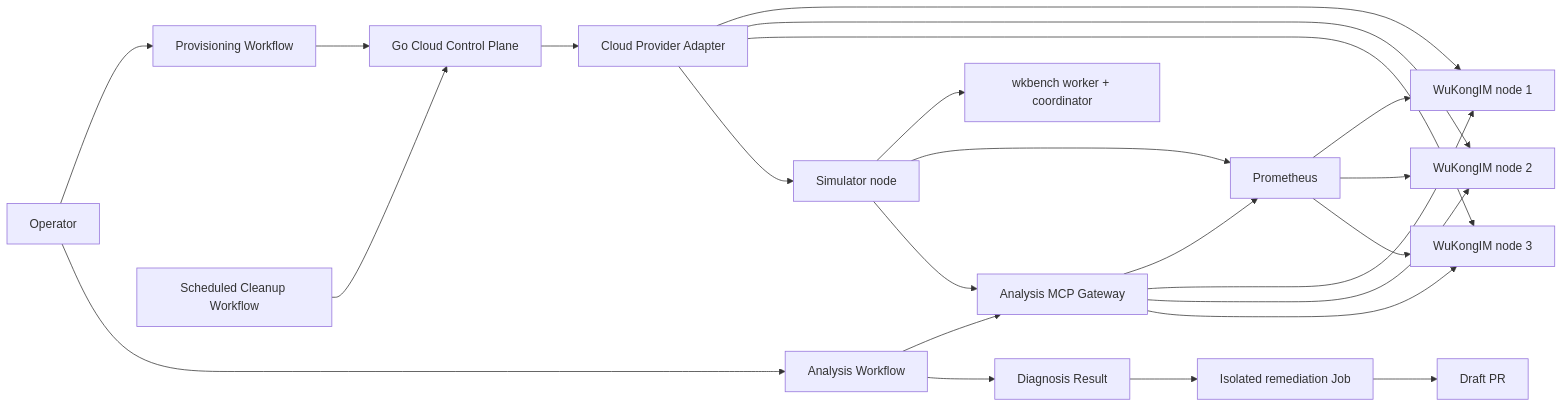
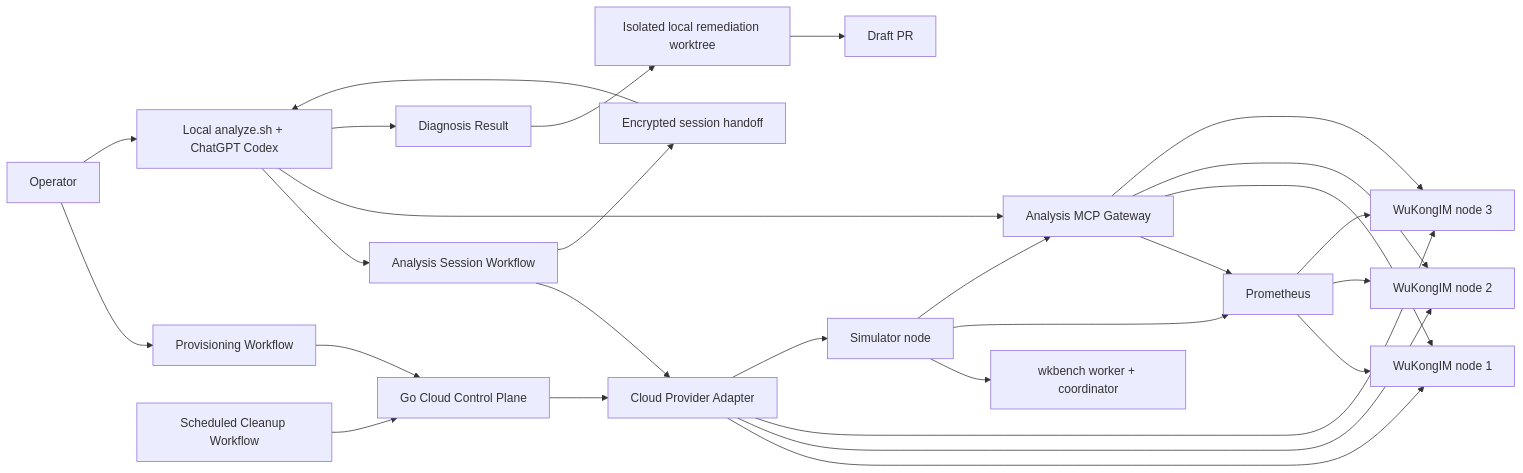
Before and after one commit to WuKongIM/WuKongIM: the first of 2 diagrams in docs/superpowers/specs/2026-07-14-cloud-simulation-github-actions-design.md, drawn with Mermaid. The commit also changed other lines of this file and 30 other files, not shown here.

Commit message:
feat(cloudsim): run analysis with local ChatGPT Codex

````diff
--- a/docs/superpowers/specs/2026-07-14-cloud-simulation-github-actions-design.md
+++ b/docs/superpowers/specs/2026-07-14-cloud-simulation-github-actions-design.md
@@ -68,26 +70,30 @@
 ```mermaid
 flowchart LR
     U["Operator"] --> P["Provisioning Workflow"]
     P --> CC["Go Cloud Control Plane"]
     CC --> CP["Cloud Provider Adapter"]
     CP --> N1["WuKongIM node 1"]
     CP --> N2["WuKongIM node 2"]
     CP --> N3["WuKongIM node 3"]
     CP --> S["Simulator node"]
     S --> W["wkbench worker + coordinator"]
     S --> PR["Prometheus"]
     S --> MCP["Analysis MCP Gateway"]
     PR --> N1
     PR --> N2
     PR --> N3
     MCP --> PR
     MCP --> N1
     MCP --> N2
     MCP --> N3
-    U --> A["Analysis Workflow"]
-    A --> MCP
-    A --> D["Diagnosis Result"]
-    D --> R["Isolated remediation Job"]
+    U --> L["Local analyze.sh + ChatGPT Codex"]
+    L --> A["Analysis Session Workflow"]
+    A --> CP
+    A --> H["Encrypted session handoff"]
+    H --> L
+    L --> MCP
+    L --> D["Diagnosis Result"]
+    D --> R["Isolated local remediation worktree"]
     R --> DPR["Draft PR"]
     C["Scheduled Cleanup Workflow"] --> CC
 ```
````
